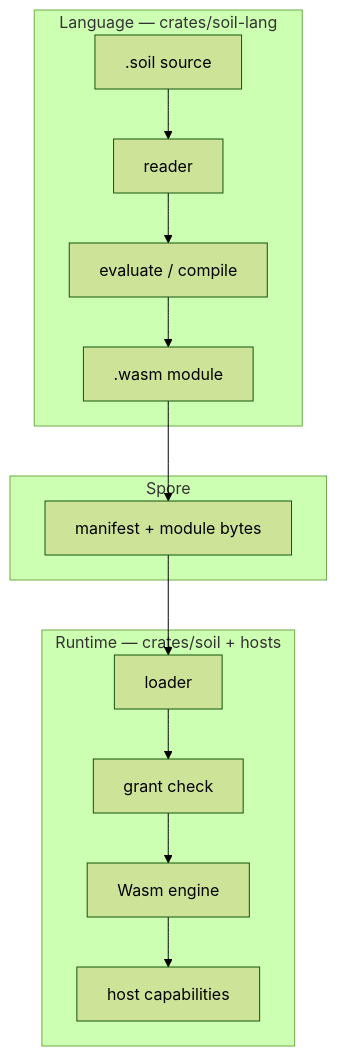
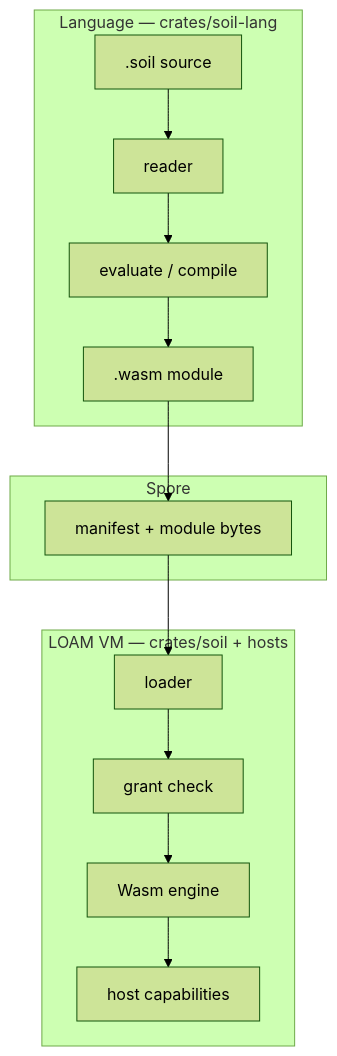
Before and after one commit to mycelium-linux/loam: the diagram in LOAM.md, drawn with Mermaid (forest theme). The commit also changed other lines of this file and 2 other files, not shown here.

Commit message:
docs: split LOAM and capability contracts

````diff
--- a/LOAM.md
+++ b/LOAM.md
@@ -15,19 +19,19 @@
 ```mermaid
 flowchart TB
   subgraph Language["Language — crates/soil-lang"]
     S[".soil source"] --> R["reader"]
     R --> E["evaluate / compile"]
     E --> W[".wasm module"]
   end
 
   subgraph Spore["Spore"]
     W --> M["manifest + module bytes"]
   end
 
-  subgraph Runtime["Runtime — crates/soil + hosts"]
+  subgraph Runtime["LOAM VM — crates/soil + hosts"]
     M --> L["loader"]
     L --> G["grant check"]
     G --> V["Wasm engine"]
     V --> C["host capabilities"]
   end
 ```
````
